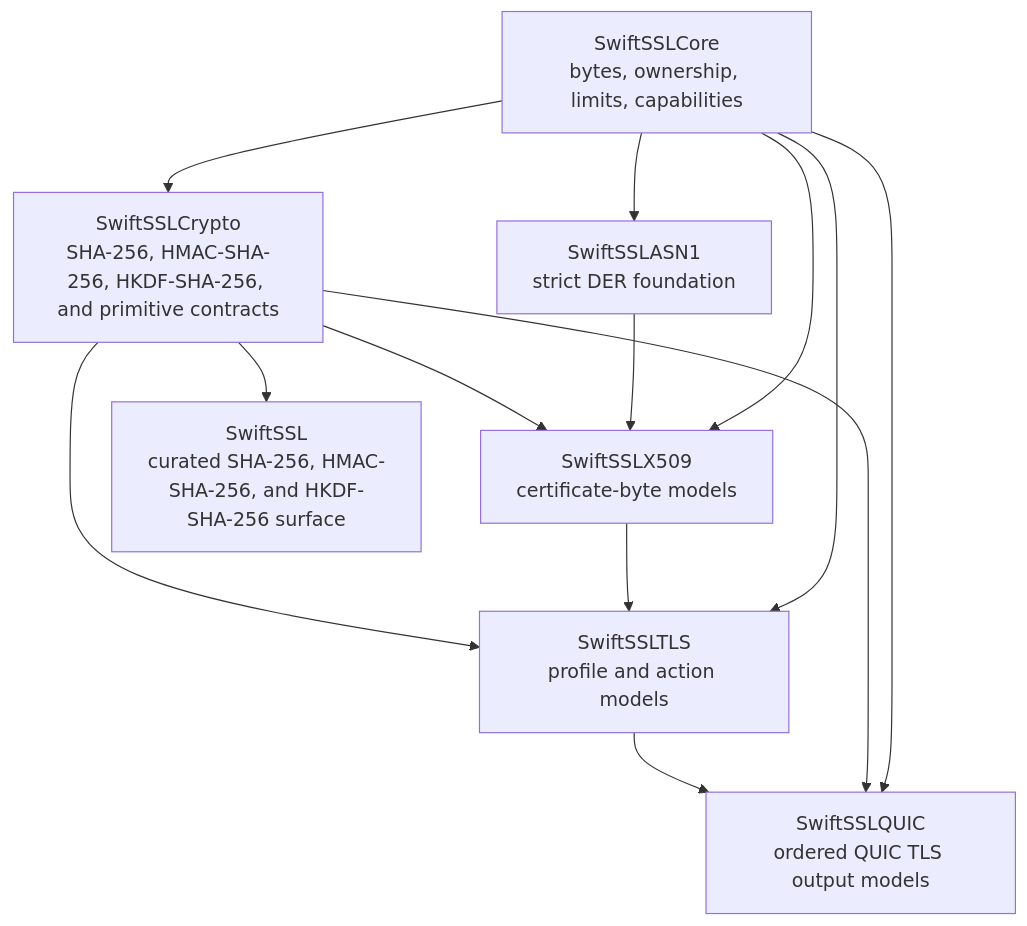
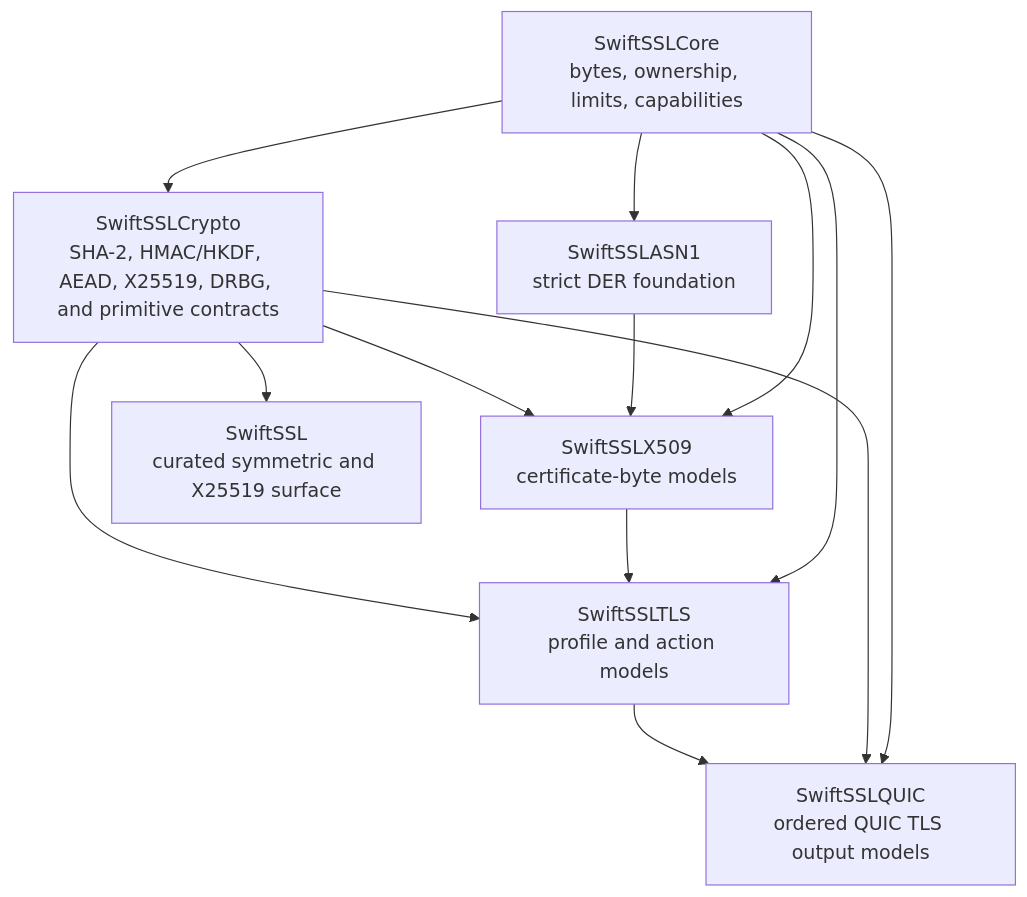
Before and after one commit to 1amageek/swift-ssl: the first of 3 diagrams in docs/ARCHITECTURE.md, drawn with Mermaid. The commit also changed other lines of this file and 13 other files, not shown here.

Commit message:
Implement X25519 and HMAC-DRBG primitives

````diff
--- a/docs/ARCHITECTURE.md
+++ b/docs/ARCHITECTURE.md
@@ -18,23 +18,23 @@
 ```mermaid
 flowchart TD
     Core["SwiftSSLCore\nbytes, ownership, limits, capabilities"]
-    Crypto["SwiftSSLCrypto\nSHA-256, HMAC-SHA-256, HKDF-SHA-256, and primitive contracts"]
+    Crypto["SwiftSSLCrypto\nSHA-2, HMAC/HKDF, AEAD, X25519, DRBG, and primitive contracts"]
     ASN1["SwiftSSLASN1\nstrict DER foundation"]
     X509["SwiftSSLX509\ncertificate-byte models"]
     TLS["SwiftSSLTLS\nprofile and action models"]
     QUIC["SwiftSSLQUIC\nordered QUIC TLS output models"]
-    Facade["SwiftSSL\ncurated SHA-256, HMAC-SHA-256, and HKDF-SHA-256 surface"]
+    Facade["SwiftSSL\ncurated symmetric and X25519 surface"]
 
     Core --> Crypto
     Core --> ASN1
     Crypto --> X509
     ASN1 --> X509
     Core --> X509
     Crypto --> TLS
     X509 --> TLS
     Core --> TLS
     TLS --> QUIC
     Crypto --> QUIC
     Core --> QUIC
     Crypto --> Facade
 ```
````
